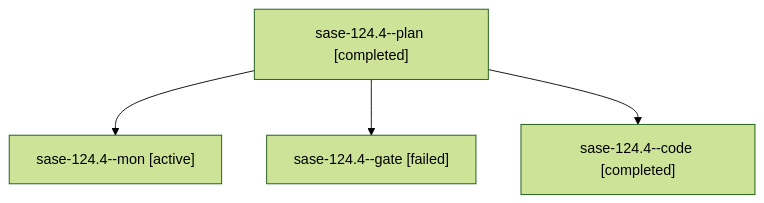
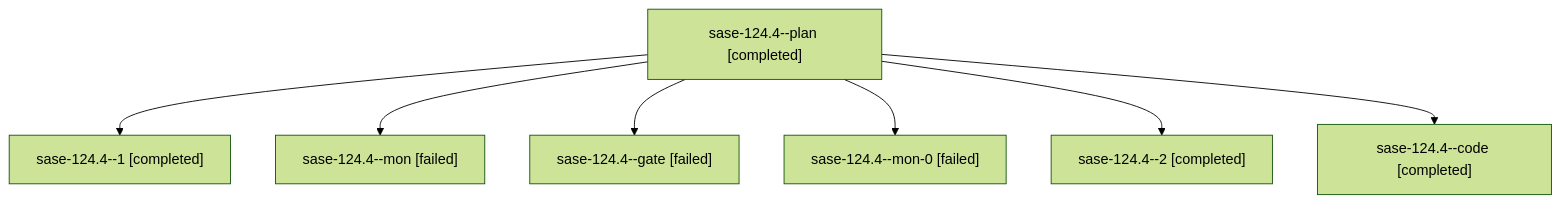
Before and after one commit to sase-org/sase--agents: the diagram in families/bbugyi200.athena.sase-124.4.md, drawn with Mermaid (forest theme). The commit also changed other lines of this file and 46 other files, not shown here.

````diff
--- a/families/bbugyi200.athena.sase-124.4.md
+++ b/families/bbugyi200.athena.sase-124.4.md
@@ -9,10 +9,16 @@
 ```mermaid
 flowchart TD
   n0["sase-124.4--plan [completed]"]
-  n1["sase-124.4--mon [active]"]
+  n1["sase-124.4--1 [completed]"]
   n0 --> n1
-  n2["sase-124.4--gate [failed]"]
+  n2["sase-124.4--mon [failed]"]
   n0 --> n2
-  n3["sase-124.4--code [completed]"]
+  n3["sase-124.4--gate [failed]"]
   n0 --> n3
+  n4["sase-124.4--mon-0 [failed]"]
+  n0 --> n4
+  n5["sase-124.4--2 [completed]"]
+  n0 --> n5
+  n6["sase-124.4--code [completed]"]
+  n0 --> n6
 ```
````
